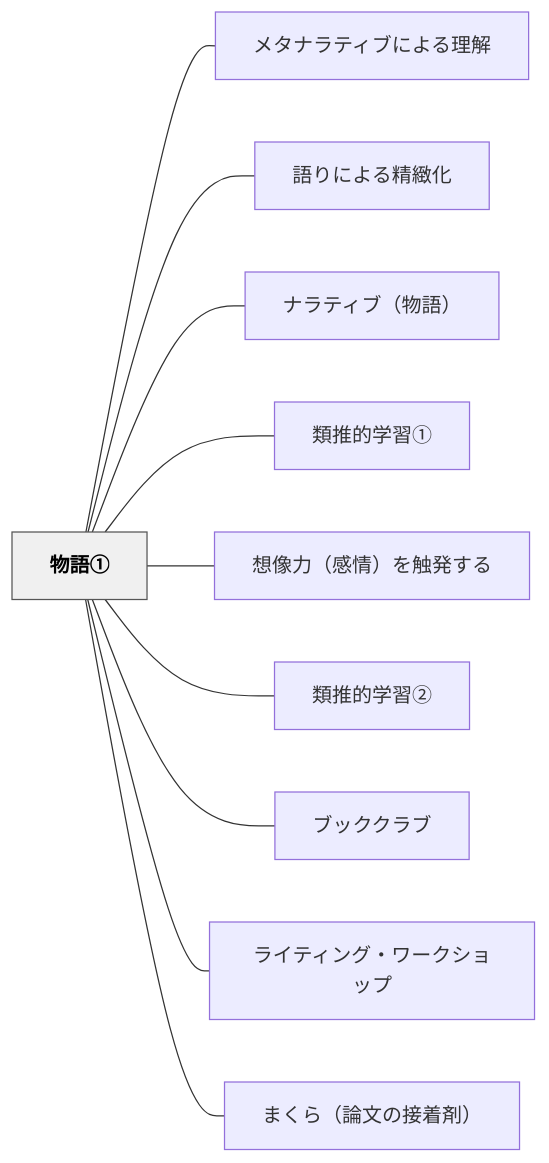
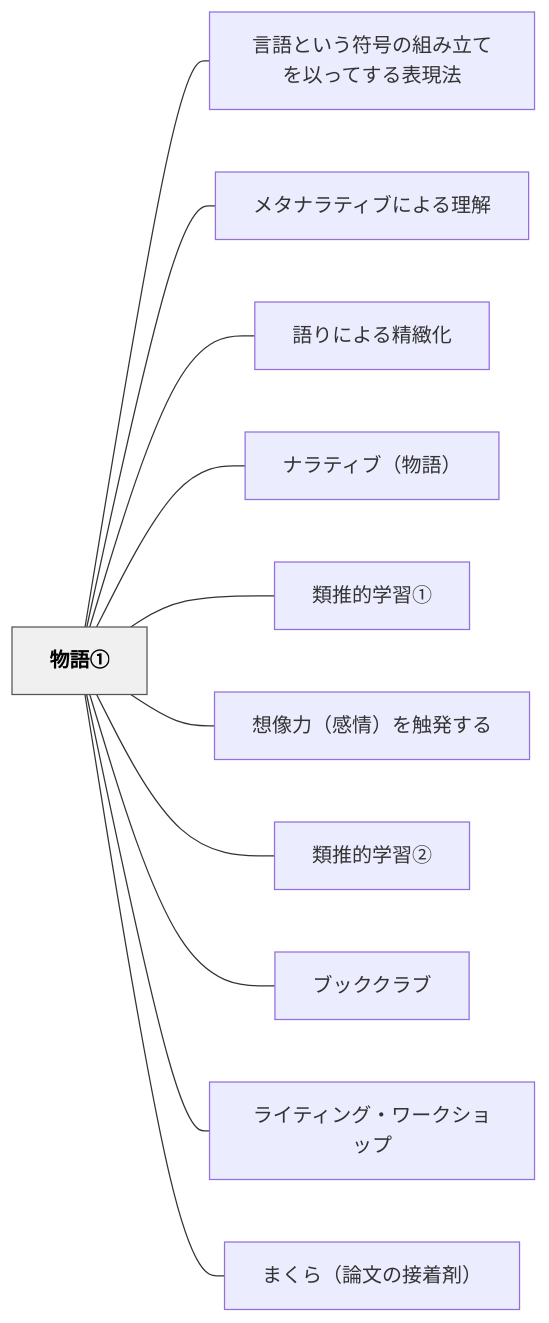
One commit to unknownthings-ed-patterns/unknownthings-ed-patterns changed the diagram in content/パタン/物語①.md. Above: the diagram before and after it, drawn with Mermaid. The commit also changed other lines of this file and 36 other files, not shown here.

````diff
--- a/content/パタン/物語①.md
+++ b/content/パタン/物語①.md
@@ -76,26 +77,28 @@
 ```mermaid
 flowchart LR
     ne789a9e8aa9ee291a0["物語①"]
+    ne8a880e8aa9ee381a8e38184e38186e7aca6e58fb7e381aee7b584e381bfe7ab8be381a6e38292e4bba5e381a3e381a6e38199e3828be8a1a8e78fbee6b395["言語という符号の組み立てを以ってする表現法"]
     ne383a1e382bfe3838ae383a9e38386e382a3e38396e381abe38288e3828be79086e8a7a3["メタナラティブによる理解"]
     ne8aa9ee3828ae381abe38288e3828be7b2bee7b7bbe58c96["語りによる精緻化"]
     ne3838ae383a9e38386e382a3e38396efbc88e789a9e8aa9eefbc89["ナラティブ（物語）"]
     ne9a19ee68ea8e79a84e5ada6e7bf92e291a0["類推的学習①"]
     ne683b3e5838fe58a9befbc88e6849fe68385efbc89e38292e8a7a6e799bae38199e3828b["想像力（感情）を触発する"]
     ne9a19ee68ea8e79a84e5ada6e7bf92e291a1["類推的学習②"]
     ne38396e38383e382afe382afe383a9e38396["ブッククラブ"]
     ne383a9e382a4e38386e382a3e383b3e382b0e383bbe383afe383bce382afe382b7e383a7e38383e38397["ライティング・ワークショップ"]
     ne381bee3818fe38289efbc88e8ab96e69687e381aee68ea5e79d80e589a4efbc89["まくら（論文の接着剤）"]
 
+    ne789a9e8aa9ee291a0 --- ne8a880e8aa9ee381a8e38184e38186e7aca6e58fb7e381aee7b584e381bfe7ab8be381a6e38292e4bba5e381a3e381a6e38199e3828be8a1a8e78fbee6b395
     ne789a9e8aa9ee291a0 --- ne383a1e382bfe3838ae383a9e38386e382a3e38396e381abe38288e3828be79086e8a7a3
     ne789a9e8aa9ee291a0 --- ne8aa9ee3828ae381abe38288e3828be7b2bee7b7bbe58c96
     ne789a9e8aa9ee291a0 --- ne3838ae383a9e38386e382a3e38396efbc88e789a9e8aa9eefbc89
     ne789a9e8aa9ee291a0 --- ne9a19ee68ea8e79a84e5ada6e7bf92e291a0
     ne789a9e8aa9ee291a0 --- ne683b3e5838fe58a9befbc88e6849fe68385efbc89e38292e8a7a6e799bae38199e3828b
     ne789a9e8aa9ee291a0 --- ne9a19ee68ea8e79a84e5ada6e7bf92e291a1
     ne789a9e8aa9ee291a0 --- ne38396e38383e382afe382afe383a9e38396
     ne789a9e8aa9ee291a0 --- ne383a9e382a4e38386e382a3e383b3e382b0e383bbe383afe383bce382afe382b7e383a7e38383e38397
     ne789a9e8aa9ee291a0 --- ne381bee3818fe38289efbc88e8ab96e69687e381aee68ea5e79d80e589a4efbc89
 
     classDef hub fill:#f0f0f0,stroke:#555,color:#000,font-weight:bold
     class ne789a9e8aa9ee291a0 hub
 ```
````
